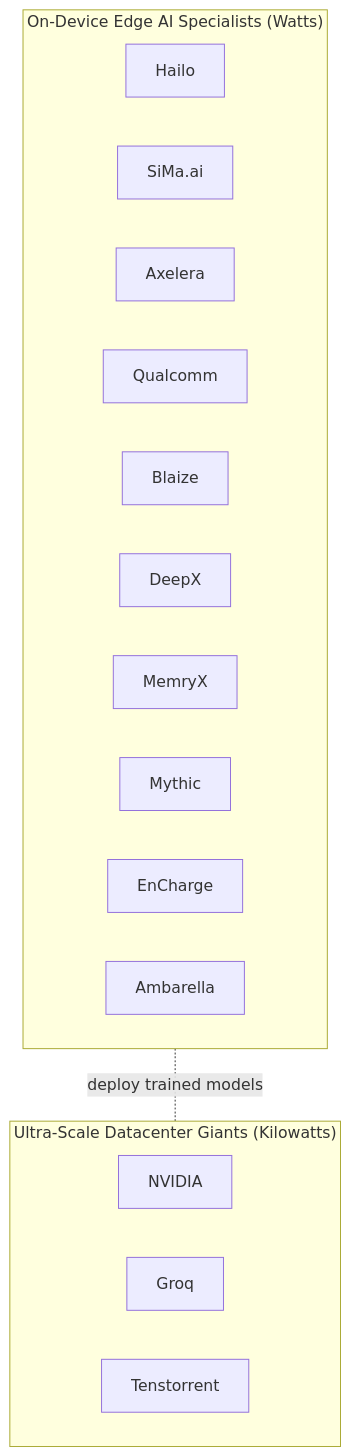
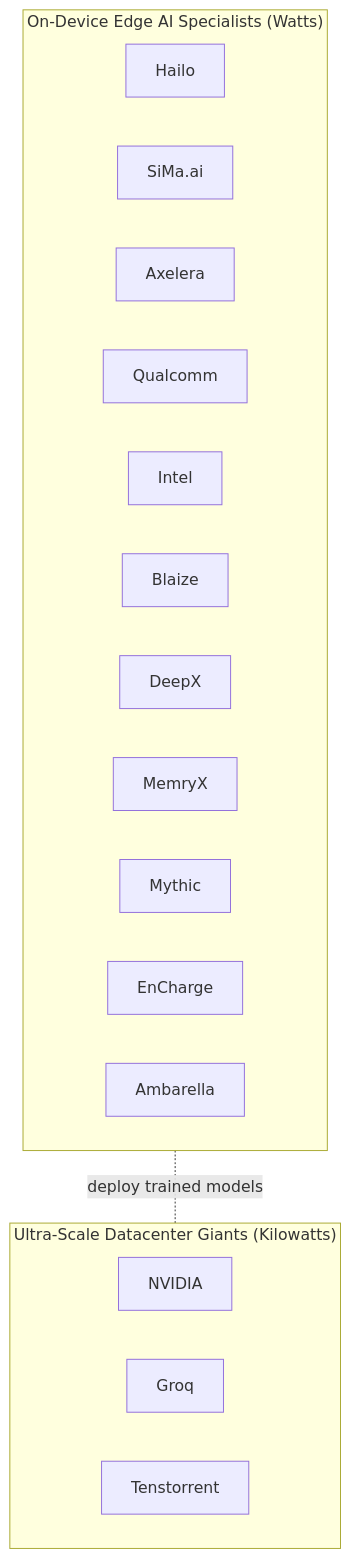
One commit to Premchand006/awesome-physical-ai changed the diagram in companies/README.md. Above: the diagram before and after it, drawn with Mermaid. The commit also changed other lines of this file and 6 other files, not shown here.

````diff
--- a/companies/README.md
+++ b/companies/README.md
@@ -11,10 +11,10 @@
 ```mermaid
 flowchart TB
     subgraph EDGE["On-Device Edge AI Specialists (Watts)"]
-        H[Hailo] & S[SiMa.ai] & AX[Axelera] & Q[Qualcomm] & BL[Blaize] & DX[DeepX] & MX[MemryX] & MY[Mythic] & EN[EnCharge] & AM[Ambarella]
+        H[Hailo] & S[SiMa.ai] & AX[Axelera] & Q[Qualcomm] & IN[Intel] & BL[Blaize] & DX[DeepX] & MX[MemryX] & MY[Mythic] & EN[EnCharge] & AM[Ambarella]
     end
     subgraph DC["Ultra-Scale Datacenter Giants (Kilowatts)"]
         NV[NVIDIA] & GR[Groq] & TT[Tenstorrent]
     end
     EDGE -. "deploy trained models" .- DC
 ```
````
